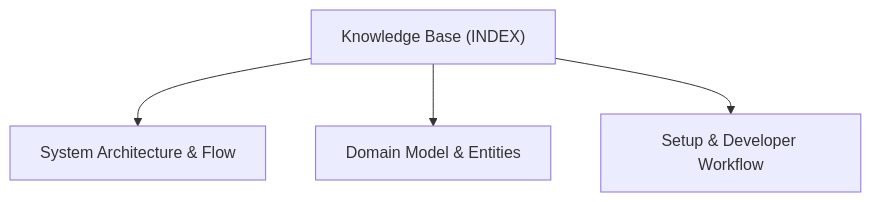
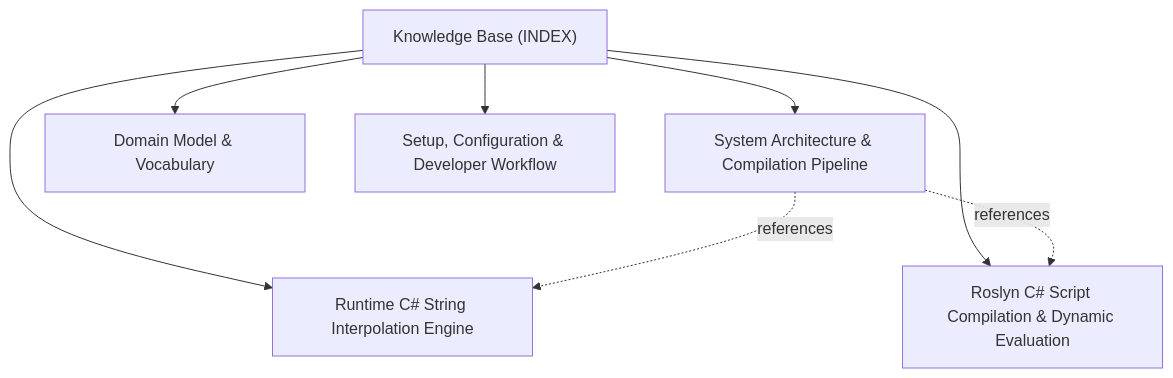
One commit to actdim/practix changed the diagram in ActDim.Emitron/docs/INDEX.md. Above: the diagram before and after it, drawn with Mermaid. The commit also changed other lines of this file and 37 other files, not shown here.

````diff
--- a/ActDim.Emitron/docs/INDEX.md
+++ b/ActDim.Emitron/docs/INDEX.md
@@ -18,10 +18,16 @@
 ```mermaid
 flowchart TD
     INDEX["Knowledge Base (INDEX)"]
-    T_ARCHITECTURE["System Architecture & Flow"]
+    T_ARCHITECTURE["System Architecture & Compilation Pipeline"]
     INDEX --> T_ARCHITECTURE
-    T_DOMAIN_MODEL["Domain Model & Entities"]
+    T_CSHARP_SCRIPT_EVALUATION["Roslyn C# Script Compilation & Dynamic Evaluation"]
+    INDEX --> T_CSHARP_SCRIPT_EVALUATION
+    T_DOMAIN_MODEL["Domain Model & Vocabulary"]
     INDEX --> T_DOMAIN_MODEL
-    T_SETUP_AND_WORKFLOW["Setup & Developer Workflow"]
+    T_RUNTIME_STRING_INTERPOLATION["Runtime C# String Interpolation Engine"]
+    INDEX --> T_RUNTIME_STRING_INTERPOLATION
+    T_SETUP_AND_WORKFLOW["Setup, Configuration & Developer Workflow"]
     INDEX --> T_SETUP_AND_WORKFLOW
+    T_ARCHITECTURE -.->|references| T_RUNTIME_STRING_INTERPOLATION
+    T_ARCHITECTURE -.->|references| T_CSHARP_SCRIPT_EVALUATION
 ```
````
